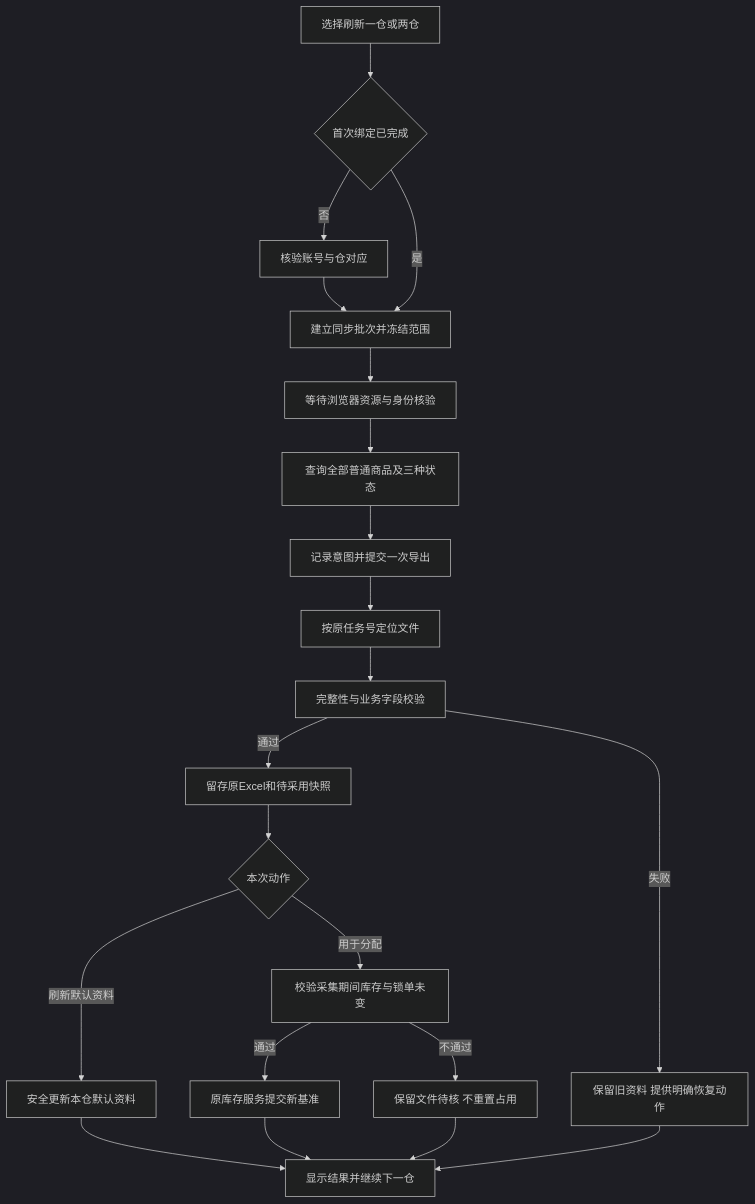
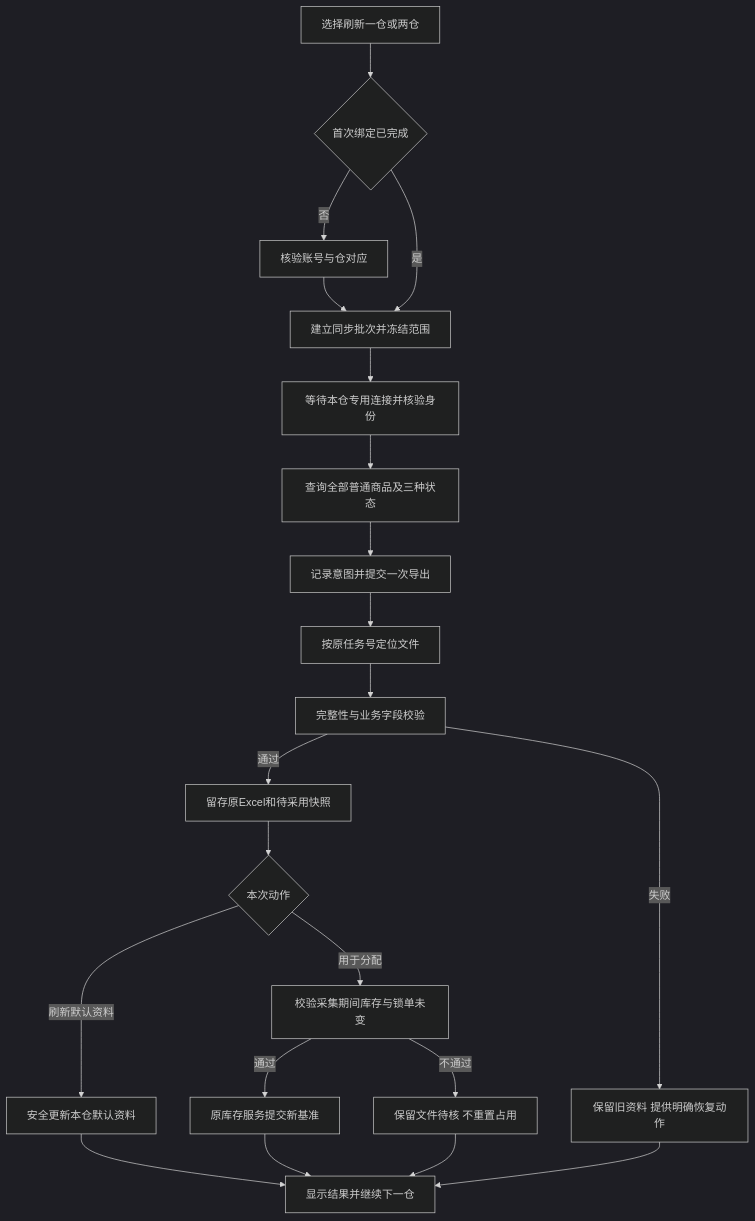
One commit to SakuraCulture/replenishment-assistant changed the diagram in docs/plans/聚水潭商品资料自动同步_产品与实施方案_20261103.md. Above: the diagram before and after it, drawn with Mermaid (dark theme). The commit also changed other lines of this file and 1 other file, not shown here.

````diff
--- a/docs/plans/聚水潭商品资料自动同步_产品与实施方案_20261103.md
+++ b/docs/plans/聚水潭商品资料自动同步_产品与实施方案_20261103.md
@@ -104,23 +106,23 @@
 ```mermaid
 flowchart TD
     A[选择刷新一仓或两仓] --> B{首次绑定已完成}
     B -->|否| C[核验账号与仓对应]
     C --> D[建立同步批次并冻结范围]
     B -->|是| D
-    D --> E[等待浏览器资源与身份核验]
+    D --> E[等待本仓专用连接并核验身份]
     E --> F[查询全部普通商品及三种状态]
     F --> G[记录意图并提交一次导出]
     G --> H[按原任务号定位文件]
     H --> I[完整性与业务字段校验]
     I -->|通过| J[留存原Excel和待采用快照]
     J --> K{本次动作}
     K -->|刷新默认资料| L[安全更新本仓默认资料]
     K -->|用于分配| M[校验采集期间库存与锁单未变]
     M -->|通过| N[原库存服务提交新基准]
     M -->|不通过| O[保留文件待核 不重置占用]
     L --> P[显示结果并继续下一仓]
     N --> P
     I -->|失败| Q[保留旧资料 提供明确恢复动作]
     Q --> P
     O --> P
 ```
````
